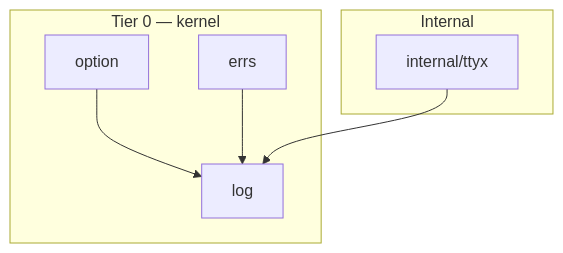
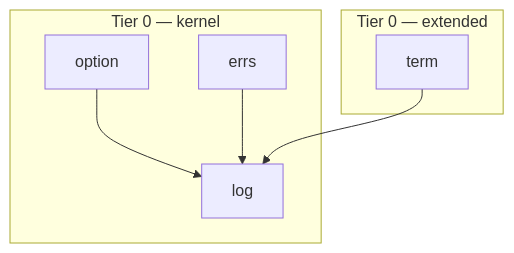
Before and after one commit to nathanbrophy/glacier: the diagram in specs/0005-log.md, drawn with Mermaid. The commit also changed other lines of this file and 14 other files, not shown here.

````diff
--- a/specs/0005-log.md
+++ b/specs/0005-log.md
@@ -112,15 +112,15 @@
 ```mermaid
 flowchart TB
     subgraph T0[Tier 0 — kernel]
         option
         errs
         log
     end
-    subgraph INT[Internal]
-        ttyx[internal/ttyx]
+    subgraph T0ext[Tier 0 — extended]
+        term
     end
 
     option --> log
     errs --> log
-    ttyx --> log
+    term --> log
 ```
````
